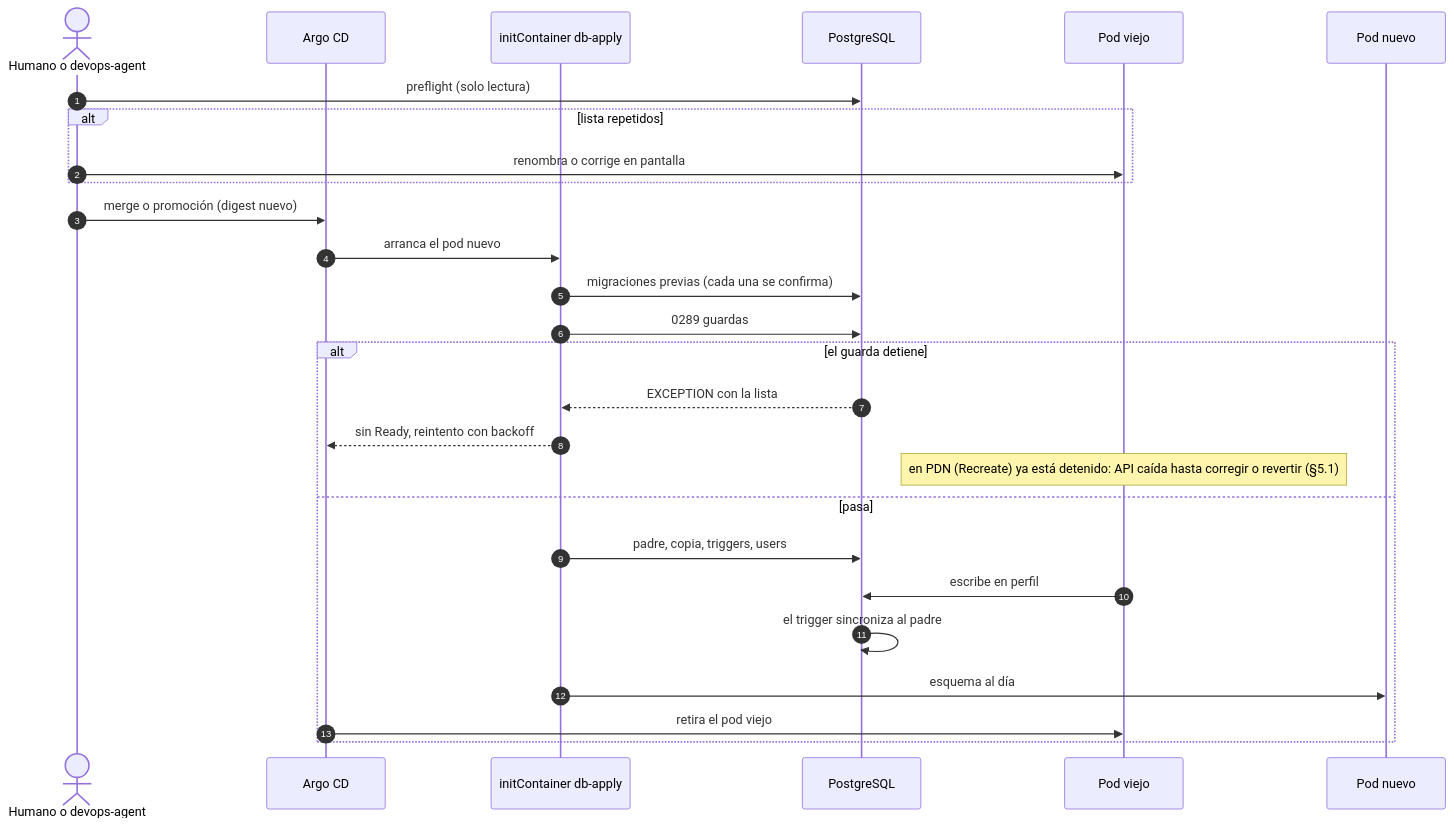
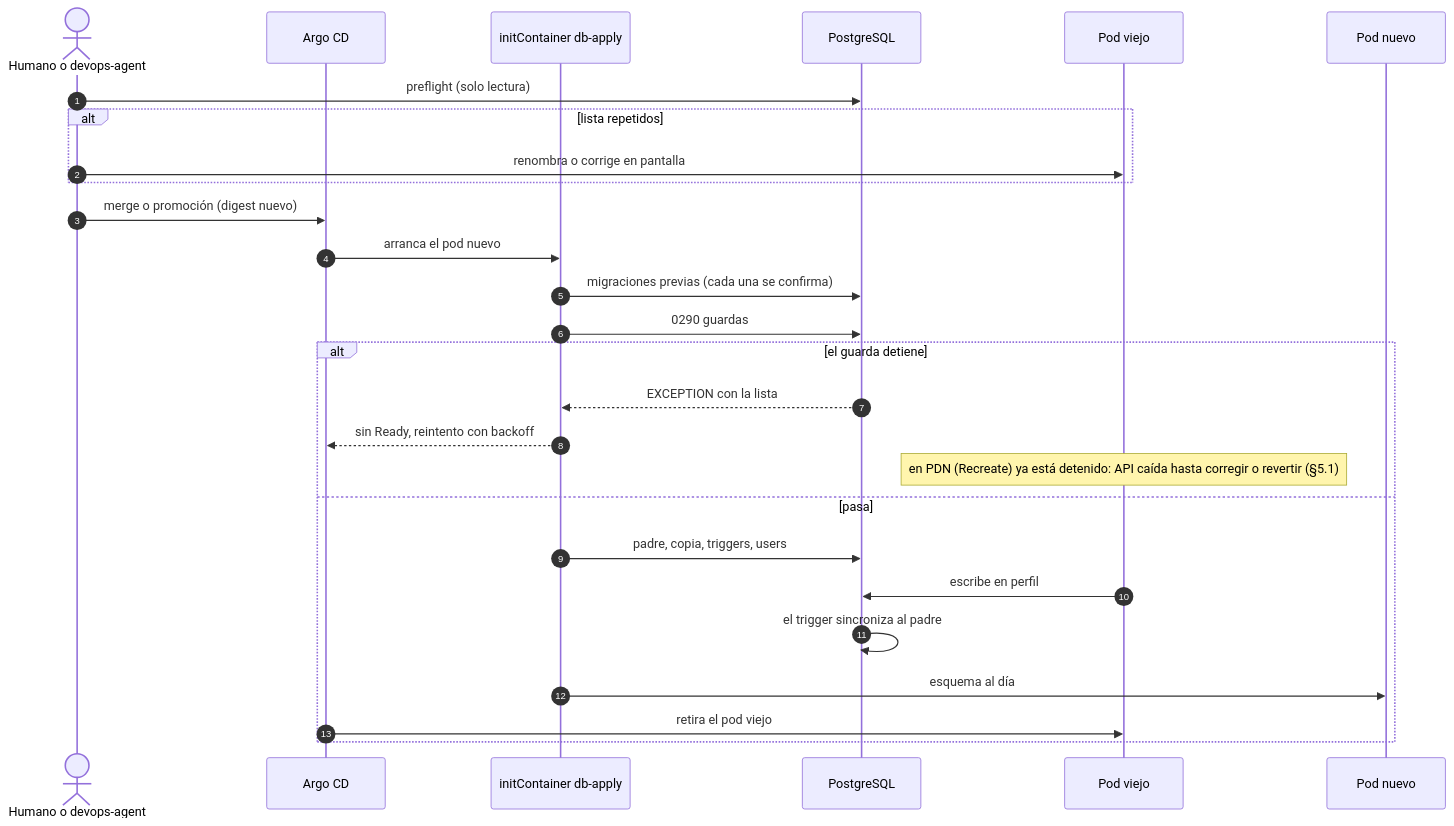
Before and after one commit to flitsas/flito: the first of 2 diagrams in docs/adr/ADR-0039-flito-proveedores-multiservicio-y-logistica-operada-por-proveedor.md, drawn with Mermaid. The commit also changed other lines of this file and 6 other files, not shown here.

````diff
--- a/docs/adr/ADR-0039-flito-proveedores-multiservicio-y-logistica-operada-por-proveedor.md
+++ b/docs/adr/ADR-0039-flito-proveedores-multiservicio-y-logistica-operada-por-proveedor.md
@@ -284,29 +284,29 @@
 ```mermaid
 sequenceDiagram
   autonumber
   actor H as Humano o devops-agent
   participant A as Argo CD
   participant I as initContainer db-apply
   participant DB as PostgreSQL
   participant V as Pod viejo
   participant N as Pod nuevo
   H->>DB: preflight (solo lectura)
   alt lista repetidos
     H->>V: renombra o corrige en pantalla
   end
   H->>A: merge o promoción (digest nuevo)
   A->>I: arranca el pod nuevo
   I->>DB: migraciones previas (cada una se confirma)
-  I->>DB: 0289 guardas
+  I->>DB: 0290 guardas
   alt el guarda detiene
     DB-->>I: EXCEPTION con la lista
     I-->>A: sin Ready, reintento con backoff
     Note over V: en PDN (Recreate) ya está detenido: API caída hasta corregir o revertir (§5.1)
   else pasa
     I->>DB: padre, copia, triggers, users
     V->>DB: escribe en perfil
     DB->>DB: el trigger sincroniza al padre
     I->>N: esquema al día
     A->>V: retira el pod viejo
   end
 ```
````
